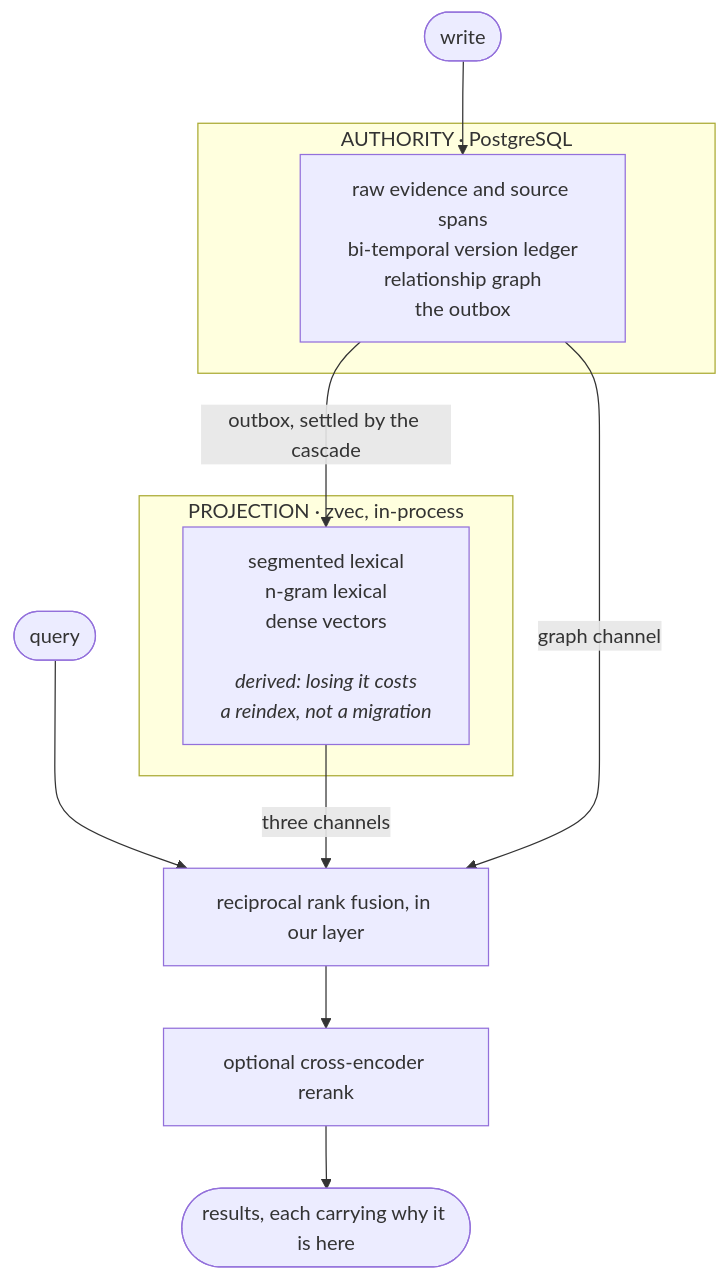
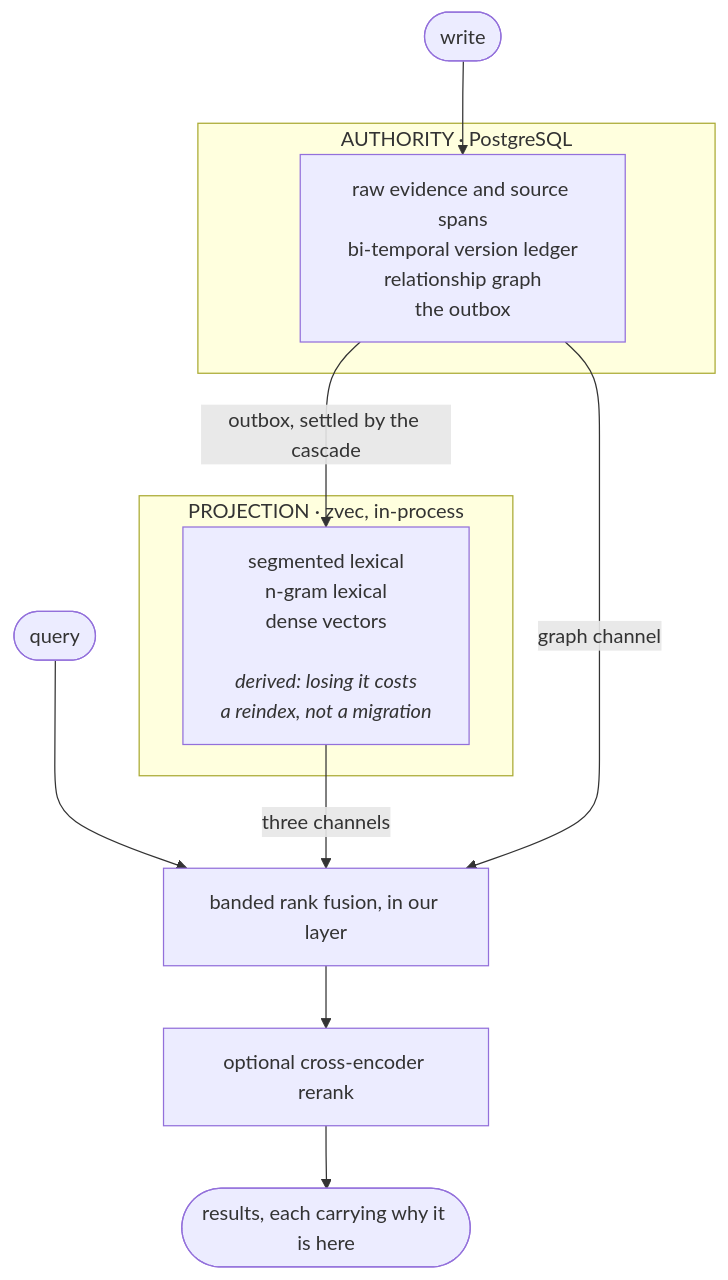
The diagram in docs/architecture.md (pamin-labs/PaminMemory), drawn with Mermaid before and after one commit. The commit also changed 4 other files, not shown here.

````diff
--- a/docs/architecture.md
+++ b/docs/architecture.md
@@ -8,20 +8,20 @@
 ```mermaid
 flowchart TD
     W([write]) --> A
     Q([query]) --> F
 
     subgraph AUTHORITY["AUTHORITY · PostgreSQL"]
         A["raw evidence and source spans<br/>bi-temporal version ledger<br/>relationship graph<br/>the outbox"]
     end
 
     subgraph PROJECTION["PROJECTION · zvec, in-process"]
         P["segmented lexical<br/>n-gram lexical<br/>dense vectors<br/><br/><i>derived: losing it costs<br/>a reindex, not a migration</i>"]
     end
 
     A -- "outbox, settled by the cascade" --> P
 
-    P -- "three channels" --> F["reciprocal rank fusion, in our layer"]
+    P -- "three channels" --> F["banded rank fusion, in our layer"]
     A -- "graph channel" --> F
     F --> R["optional cross-encoder rerank"]
     R --> O([results, each carrying why it is here])
 ```
````
